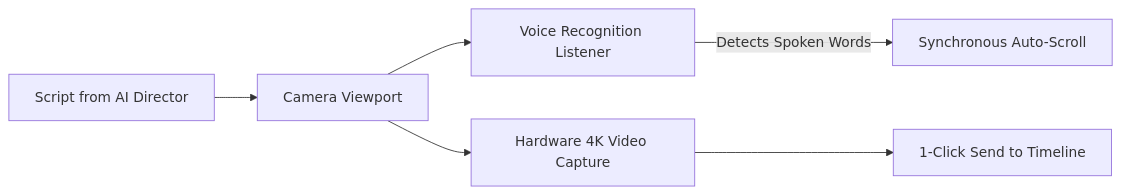
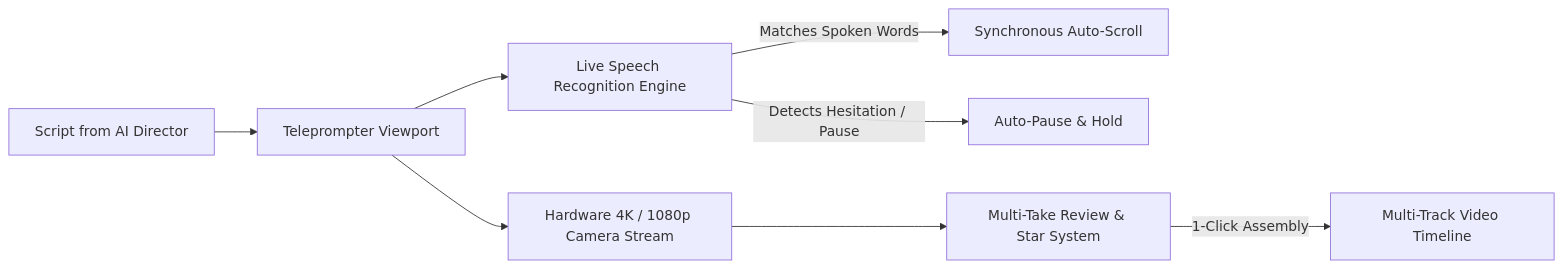
Before and after one commit to simplicion/180workspace: the diagram in apps/docs/docs/products/180-social-studio/05-inbuilt-teleprompter-camera.md, drawn with Mermaid. The commit also changed other lines of this file and 25 other files, not shown here.

````diff
--- a/apps/docs/docs/products/180-social-studio/05-inbuilt-teleprompter-camera.md
+++ b/apps/docs/docs/products/180-social-studio/05-inbuilt-teleprompter-camera.md
@@ -15,8 +15,11 @@
 ```mermaid
 graph LR
-    Script[Script from AI Director] --> CameraView[Camera Viewport]
-    CameraView --> SpeechRec[Voice Recognition Listener]
-    SpeechRec -->|Detects Spoken Words| AutoScroll[Synchronous Auto-Scroll]
-    CameraView --> RecordingEngine[Hardware 4K Video Capture]
-    RecordingEngine --> Timeline[1-Click Send to Timeline]
+    Script[Script from AI Director] --> PrompterView[Teleprompter Viewport]
+    PrompterView --> Mic[Live Speech Recognition Engine]
+    Mic -->|Matches Spoken Words| DynamicScroll[Synchronous Auto-Scroll]
+    Mic -->|Detects Hesitation / Pause| PauseScroll[Auto-Pause & Hold]
+
+    PrompterView --> CameraCapture[Hardware 4K / 1080p Camera Stream]
+    CameraCapture --> TakeBin[Multi-Take Review & Star System]
+    TakeBin -->|1-Click Assembly| Timeline[Multi-Track Video Timeline]
 ```
````
